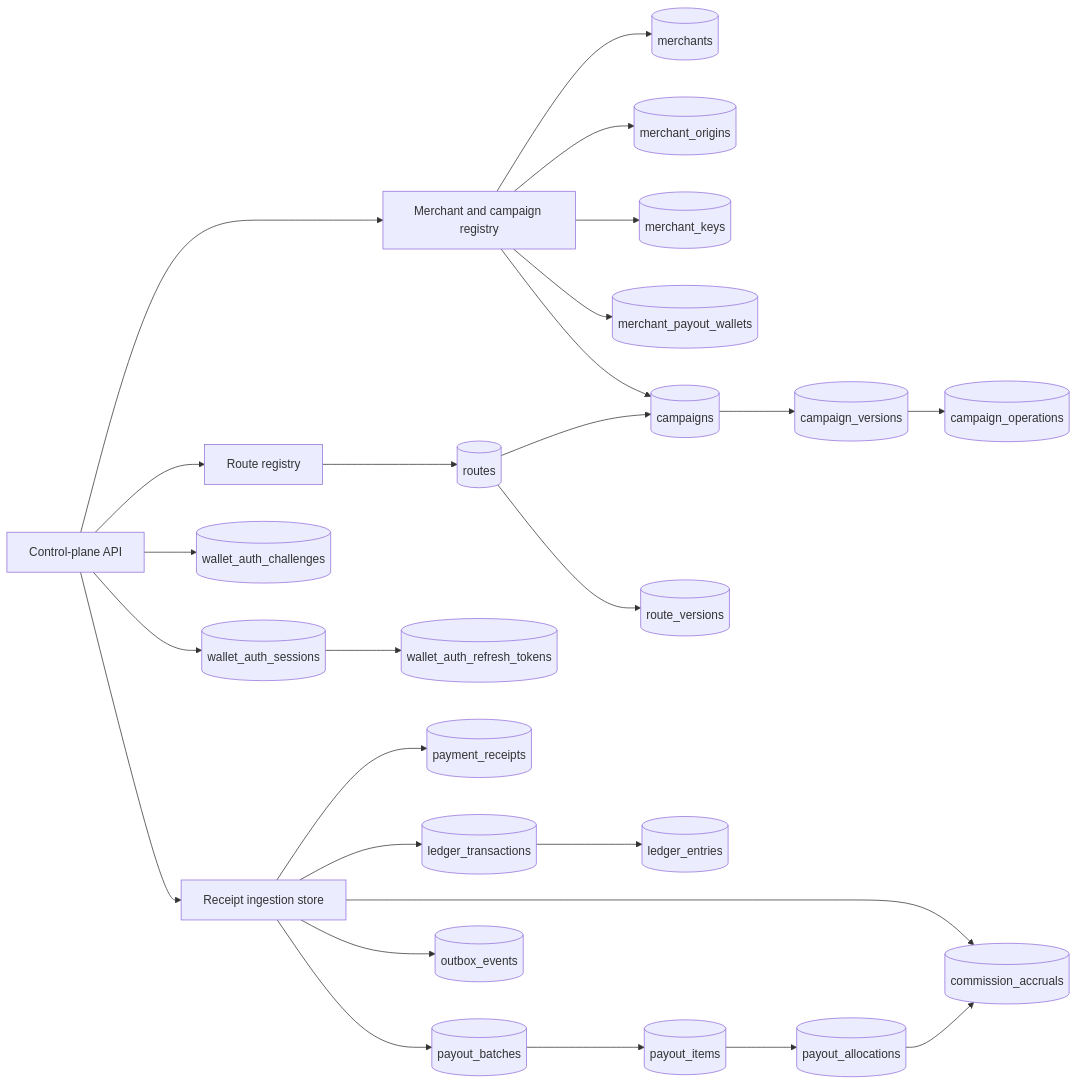
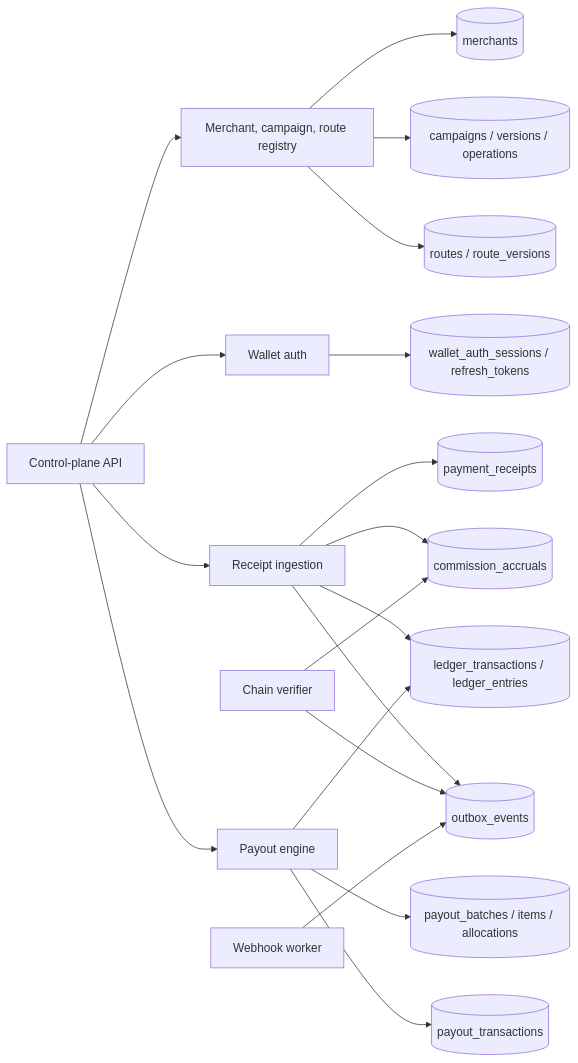
One commit to split402protocol/splitx402 changed the sixth of 6 diagrams in README.md. Above: the diagram before and after it, drawn with Mermaid. The commit also changed other lines of this file and 22 other files, not shown here.

````diff
--- a/README.md
+++ b/README.md
@@ -292,53 +232,40 @@
 ```mermaid
 flowchart LR
   API["Control-plane API"]
-  Registry["Merchant and campaign registry"]
-  RouteRegistry["Route registry"]
-  Ingestion["Receipt ingestion store"]
+  Registry["Merchant, campaign, route registry"]
+  Auth["Wallet auth"]
+  Ingestion["Receipt ingestion"]
+  Verification["Chain verifier"]
+  Payouts["Payout engine"]
+  Webhooks["Webhook worker"]
+
   Merchants[("merchants")]
-  Origins[("merchant_origins")]
-  Keys[("merchant_keys")]
-  PayoutWallets[("merchant_payout_wallets")]
-  CampaignRows[("campaigns")]
-  CampaignVersions[("campaign_versions")]
-  CampaignOps[("campaign_operations")]
-  Routes[("routes")]
-  RouteVersions[("route_versions")]
-  Challenges[("wallet_auth_challenges")]
-  Sessions[("wallet_auth_sessions")]
-  RefreshTokens[("wallet_auth_refresh_tokens")]
+  Campaigns[("campaigns / versions / operations")]
+  Routes[("routes / route_versions")]
+  Sessions[("wallet_auth_sessions / refresh_tokens")]
   Receipts[("payment_receipts")]
   Accruals[("commission_accruals")]
-  LedgerTx[("ledger_transactions")]
-  LedgerEntries[("ledger_entries")]
-  PayoutBatches[("payout_batches")]
-  PayoutItems[("payout_items")]
-  PayoutAllocations[("payout_allocations")]
+  Ledger[("ledger_transactions / ledger_entries")]
   Outbox[("outbox_events")]
+  Batches[("payout_batches / items / allocations")]
+  Transactions[("payout_transactions")]
 
   API --> Registry
-  API --> RouteRegistry
+  API --> Auth
   API --> Ingestion
+  API --> Payouts
   Registry --> Merchants
-  Registry --> Origins
-  Registry --> Keys
-  Registry --> PayoutWallets
-  Registry --> CampaignRows
-  CampaignRows --> CampaignVersions
-  CampaignVersions --> CampaignOps
-  RouteRegistry --> Routes
-  Routes --> RouteVersions
-  Routes --> CampaignRows
-  API --> Challenges
-  API --> Sessions
-  Sessions --> RefreshTokens
+  Registry --> Campaigns
+  Registry --> Routes
+  Auth --> Sessions
   Ingestion --> Receipts
   Ingestion --> Accruals
-  Ingestion --> LedgerTx
-  LedgerTx --> LedgerEntries
-  Ingestion --> PayoutBatches
-  PayoutBatches --> PayoutItems
-  PayoutItems --> PayoutAllocations
-  PayoutAllocations --> Accruals
+  Ingestion --> Ledger
   Ingestion --> Outbox
+  Verification --> Outbox
+  Verification --> Accruals
+  Payouts --> Batches
+  Payouts --> Transactions
+  Payouts --> Ledger
+  Webhooks --> Outbox
 ```
````
